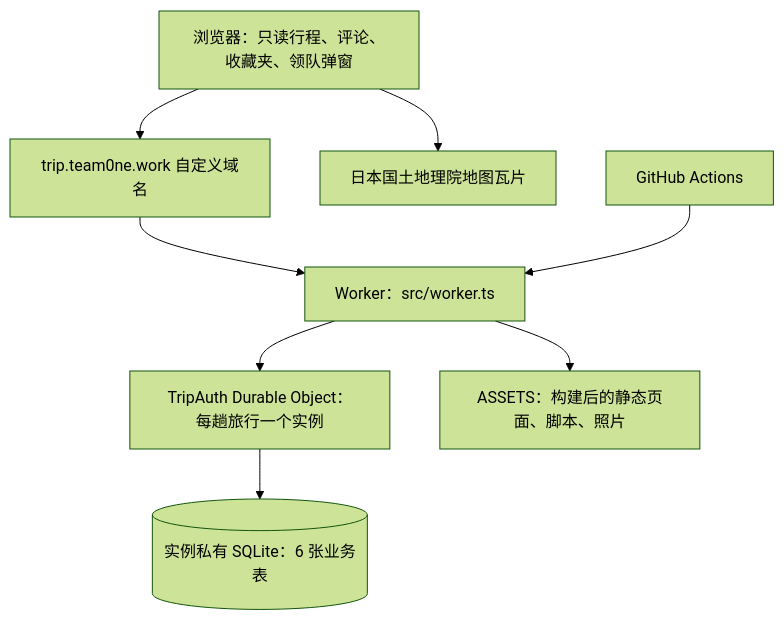
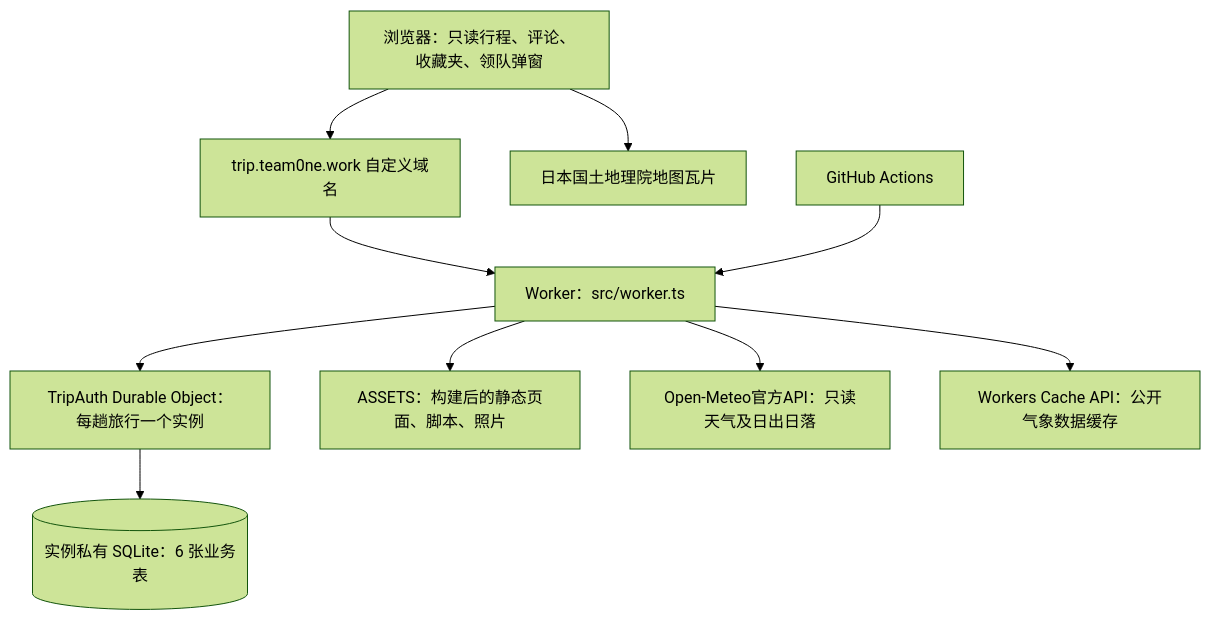
Before and after one commit to team0ne1/japan-journey-site: the diagram in docs/TECHNICAL-HANDOFF.md, drawn with Mermaid (forest theme). The commit also changed other lines of this file and 12 other files, not shown here.

````diff
--- a/docs/TECHNICAL-HANDOFF.md
+++ b/docs/TECHNICAL-HANDOFF.md
@@ -29,10 +29,12 @@
 ```mermaid
 flowchart TD
   Browser[浏览器：只读行程、评论、收藏夹、领队弹窗] --> Domain[trip.team0ne.work 自定义域名]
   Domain --> Worker[Worker：src/worker.ts]
   Worker --> Auth[TripAuth Durable Object：每趟旅行一个实例]
   Auth --> SQL[(实例私有 SQLite：6 张业务表)]
   Worker --> Assets[ASSETS：构建后的静态页面、脚本、照片]
+  Worker --> Weather[Open-Meteo官方API：只读天气及日出日落]
+  Worker --> WeatherCache[Workers Cache API：公开气象数据缓存]
   Browser --> GSI[日本国土地理院地图瓦片]
   GitHub[GitHub Actions] --> Worker
 ```
````
